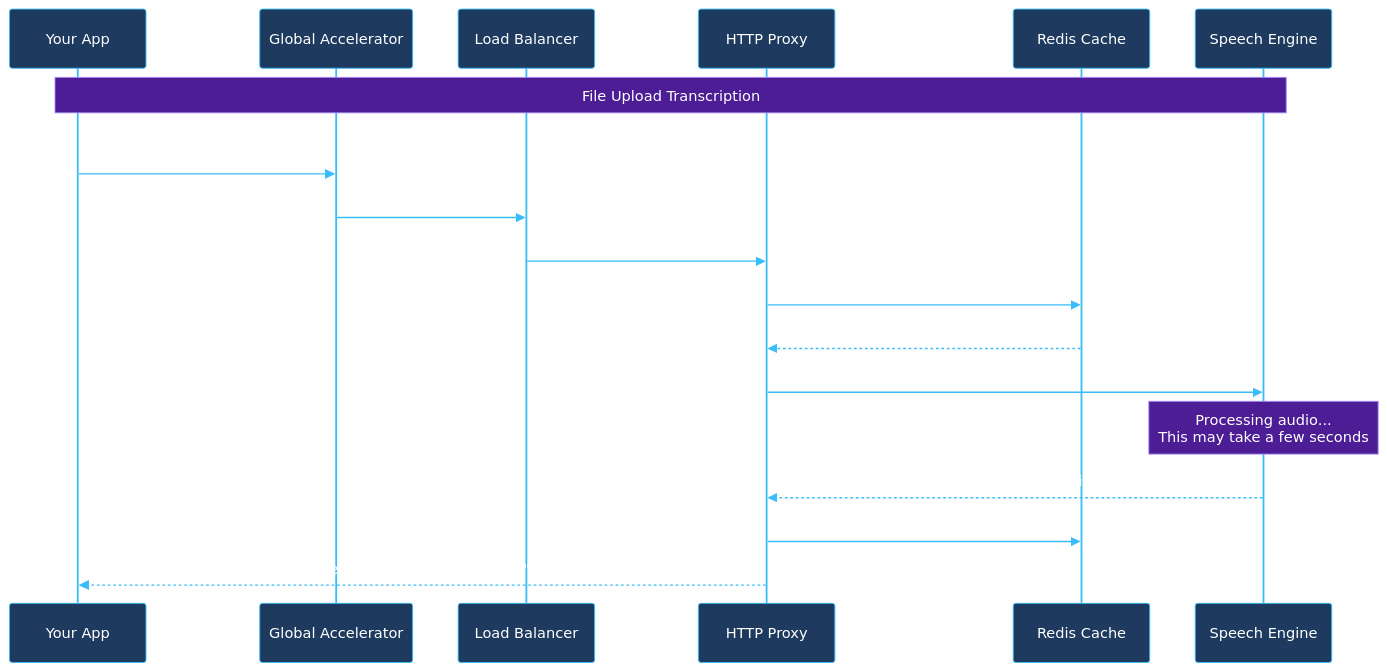
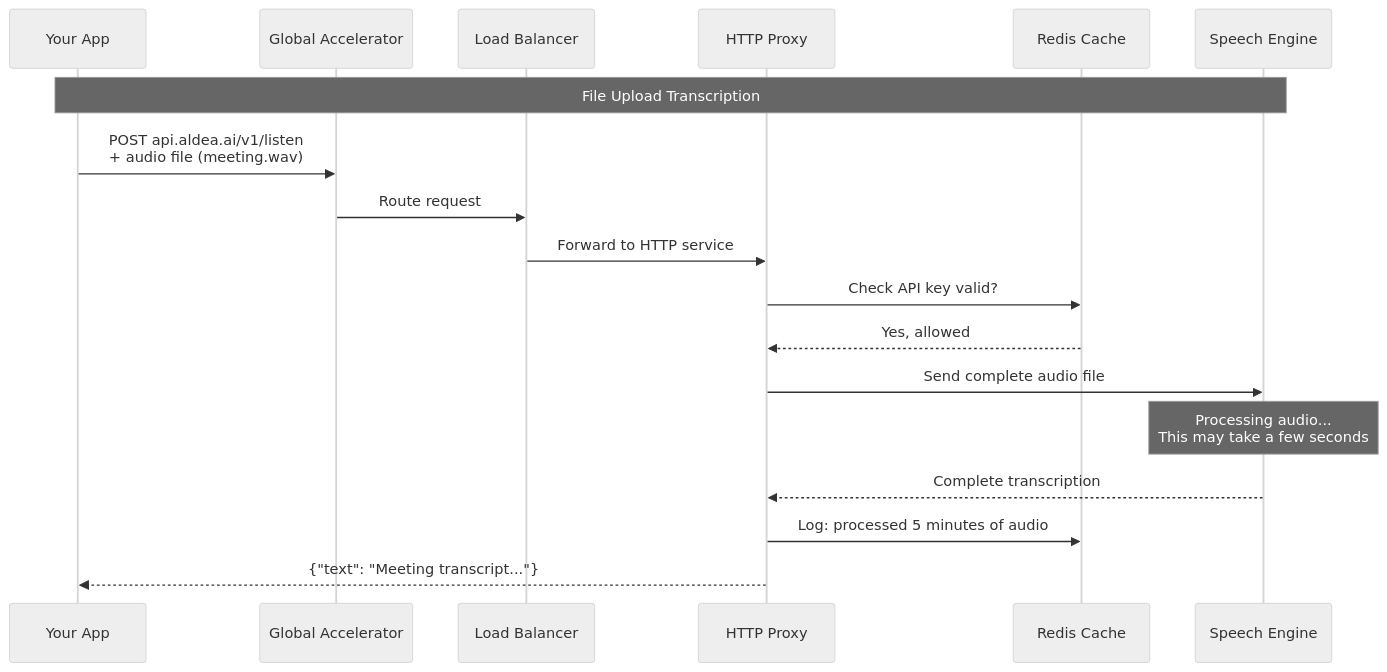
Before and after one commit to aldea-ai/infrastructure-docs: the fifth of 8 diagrams in diagrams/ecs-architecture.md, drawn with Mermaid. The commit also changed other lines of this file and 2 other files, not shown here.

Commit message:
Switch to neutral grayscale theme for better dark mode readability

````diff
--- a/diagrams/ecs-architecture.md
+++ b/diagrams/ecs-architecture.md
@@ -173,29 +173,29 @@
 ```mermaid
-%%{init: {'theme': 'base', 'themeVariables': { 'primaryColor': '#1e3a5f', 'primaryTextColor': '#fff', 'primaryBorderColor': '#38bdf8', 'lineColor': '#38bdf8', 'actorTextColor': '#fff', 'actorBkg': '#1e3a5f', 'actorBorder': '#38bdf8', 'signalColor': '#38bdf8', 'signalTextColor': '#fff', 'labelTextColor': '#fff', 'loopTextColor': '#fff', 'noteBkgColor': '#4c1d95', 'noteTextColor': '#fff', 'noteBorderColor': '#a78bfa', 'activationBkgColor': '#064e3b', 'activationBorderColor': '#34d399', 'sequenceNumberColor': '#fff'}}}%%
+%%{init: {'theme': 'neutral'}}%%
 sequenceDiagram
     participant App as Your App
     participant GA as Global Accelerator
     participant LB as Load Balancer
     participant HTTP as HTTP Proxy
     participant Redis as Redis Cache
     participant STT as Speech Engine
 
     Note over App,STT: File Upload Transcription
 
     App->>GA: POST api.aldea.ai/v1/listen<br/>+ audio file (meeting.wav)
     GA->>LB: Route request
     LB->>HTTP: Forward to HTTP service
 
     HTTP->>Redis: Check API key valid?
     Redis-->>HTTP: Yes, allowed
 
     HTTP->>STT: Send complete audio file
 
     Note over STT: Processing audio...<br/>This may take a few seconds
 
     STT-->>HTTP: Complete transcription
 
     HTTP->>Redis: Log: processed 5 minutes of audio
 
     HTTP-->>App: {"text": "Meeting transcript..."}
 ```
````
